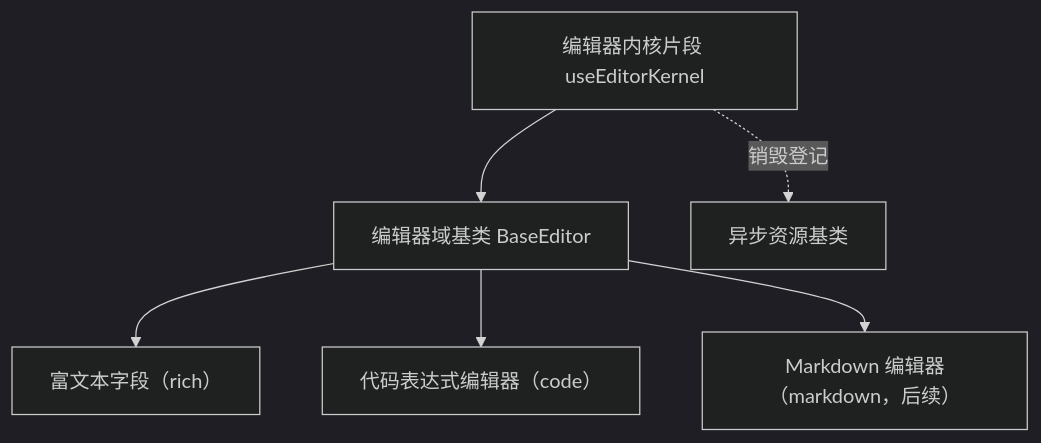
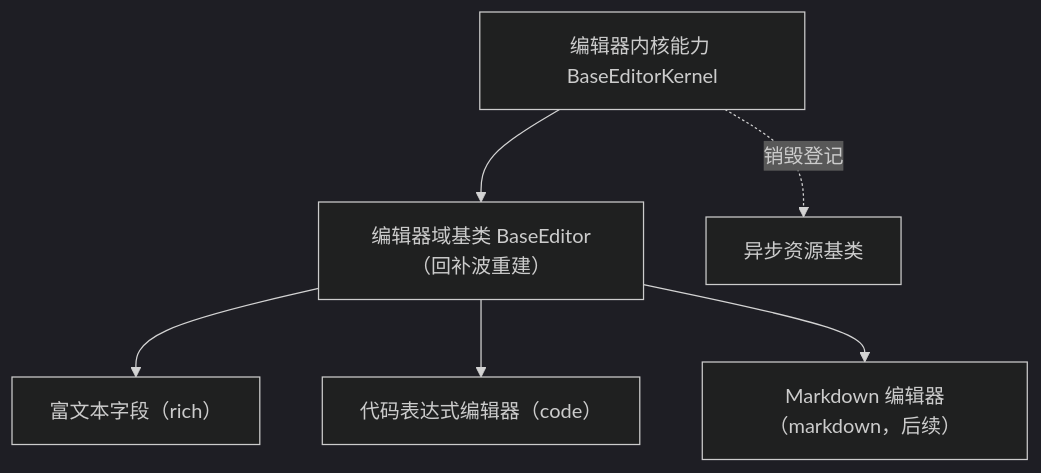
One commit to minjian123/basic-management-system changed the diagram in bms文档/设计/组件设计/02_基础组件类/02_能力片段/17_组件设计_编辑器内核片段/17_组件设计_编辑器内核片段.md. Above: the diagram before and after it, drawn with Mermaid (dark theme). The commit also changed other lines of this file and 49 other files, not shown here.

````diff
--- a/bms文档/设计/组件设计/02_基础组件类/02_能力片段/17_组件设计_编辑器内核片段/17_组件设计_编辑器内核片段.md
+++ b/bms文档/设计/组件设计/02_基础组件类/02_能力片段/17_组件设计_编辑器内核片段/17_组件设计_编辑器内核片段.md
@@ -15,8 +15,8 @@
 ```mermaid
 flowchart TD
-    K["编辑器内核片段 useEditorKernel"] --> E["编辑器域基类 BaseEditor"]
+    K["编辑器内核能力 BaseEditorKernel"] --> E["编辑器域基类 BaseEditor（回补波重建）"]
     E --> F1["富文本字段（rich）"]
     E --> F2["代码表达式编辑器（code）"]
     E --> F3["Markdown 编辑器（markdown，后续）"]
     K -. 销毁登记 .-> AR["异步资源基类"]
 ```
````
